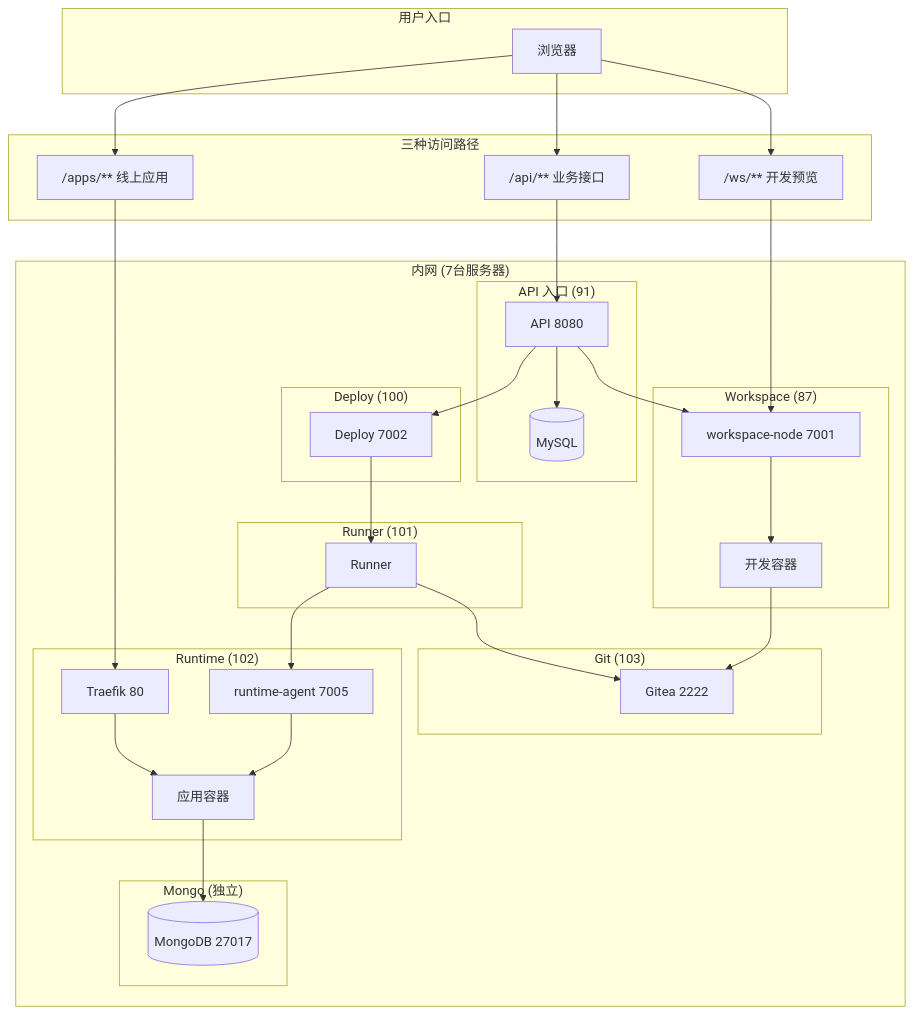
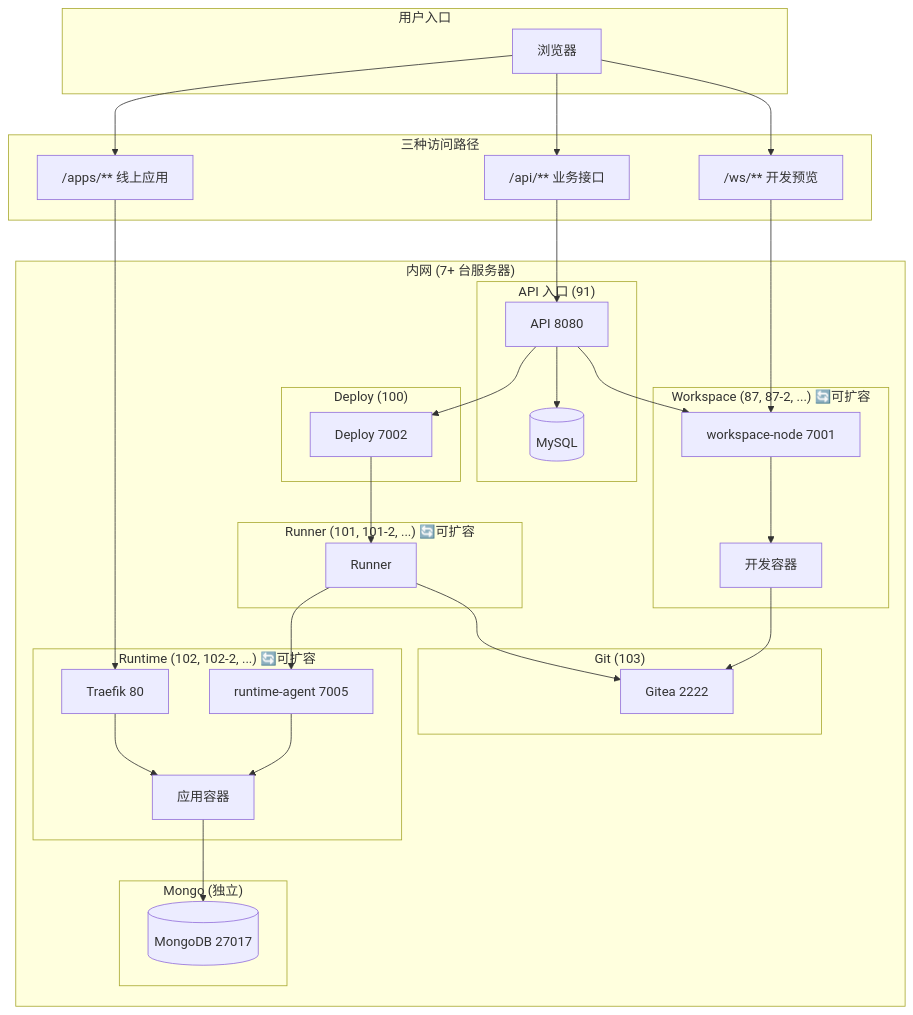
The first of 4 diagrams in src/main/resources/doc/domains/architecture/README.md (ruiAndroid/fun-ai-studio-api), drawn with Mermaid before and after one commit. The commit also changed other lines of this file and 6 other files, not shown here.

````diff
--- a/src/main/resources/doc/domains/architecture/README.md
+++ b/src/main/resources/doc/domains/architecture/README.md
@@ -31,63 +31,63 @@
 ```mermaid
 flowchart TB
     subgraph User["用户入口"]
         Browser["浏览器"]
     end
 
     subgraph Routes["三种访问路径"]
         R1["/api/** 业务接口"]
         R2["/ws/** 开发预览"]
         R3["/apps/** 线上应用"]
     end
 
-    subgraph Infra["内网 (7台服务器)"]
+    subgraph Infra["内网 (7+ 台服务器)"]
         subgraph S91["API 入口 (91)"]
             API["API 8080"]
             MySQL[("MySQL")]
         end
 
-        subgraph S87["Workspace (87)"]
+        subgraph S87["Workspace (87, 87-2, ...) 🔄可扩容"]
             WsNode["workspace-node 7001"]
             WsCtn["开发容器"]
         end
 
         subgraph S100["Deploy (100)"]
             Deploy["Deploy 7002"]
         end
 
-        subgraph S101["Runner (101)"]
+        subgraph S101["Runner (101, 101-2, ...) 🔄可扩容"]
             Runner["Runner"]
         end
 
         subgraph S103["Git (103)"]
             Gitea["Gitea 2222"]
         end
 
-        subgraph S102["Runtime (102)"]
+        subgraph S102["Runtime (102, 102-2, ...) 🔄可扩容"]
             Agent["runtime-agent 7005"]
             Traefik["Traefik 80"]
             AppCtn["应用容器"]
         end
 
         subgraph SMongo["Mongo (独立)"]
             MongoDB[("MongoDB 27017")]
         end
     end
 
     Browser --> R1 & R2 & R3
     R1 --> API
     R2 --> WsNode --> WsCtn
     R3 --> Traefik --> AppCtn
 
     API --> MySQL
     API --> WsNode
     API --> Deploy
 
     Deploy --> Runner
     Runner --> Gitea
     Runner --> Agent
     Agent --> AppCtn
     AppCtn --> MongoDB
 
     WsCtn --> Gitea
 ```
````
